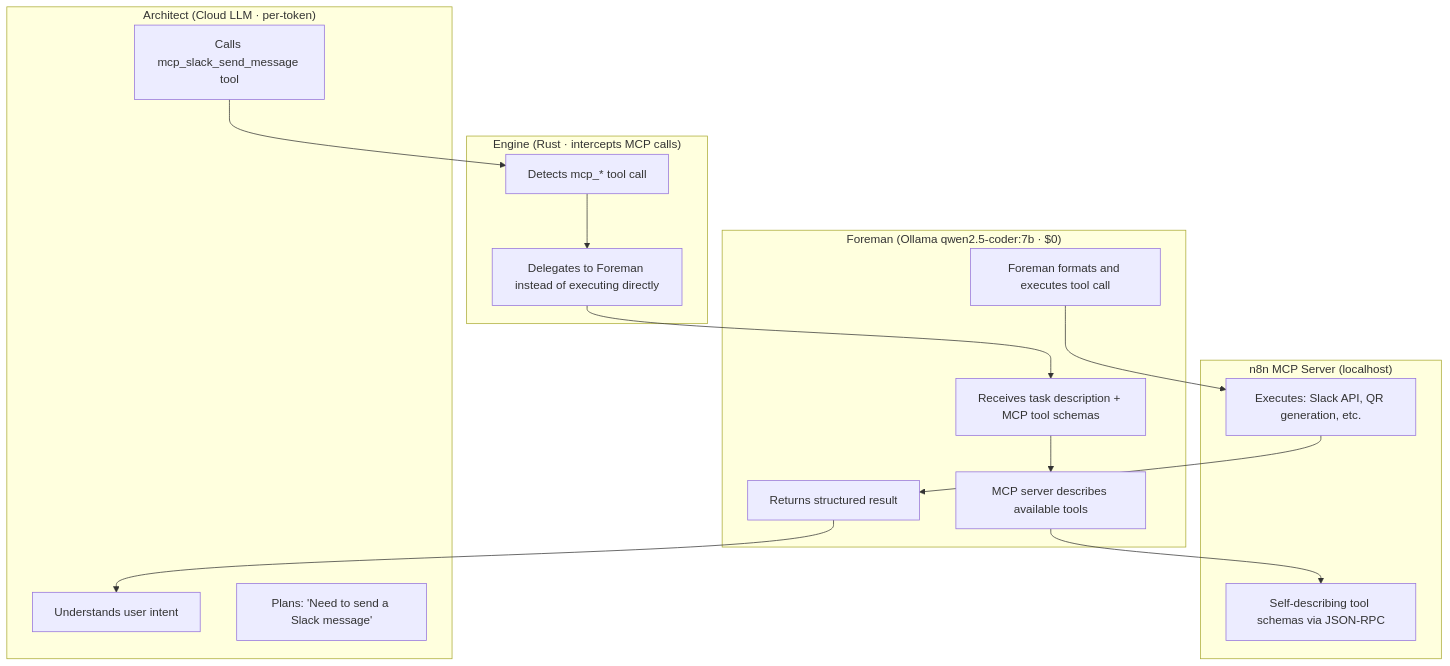
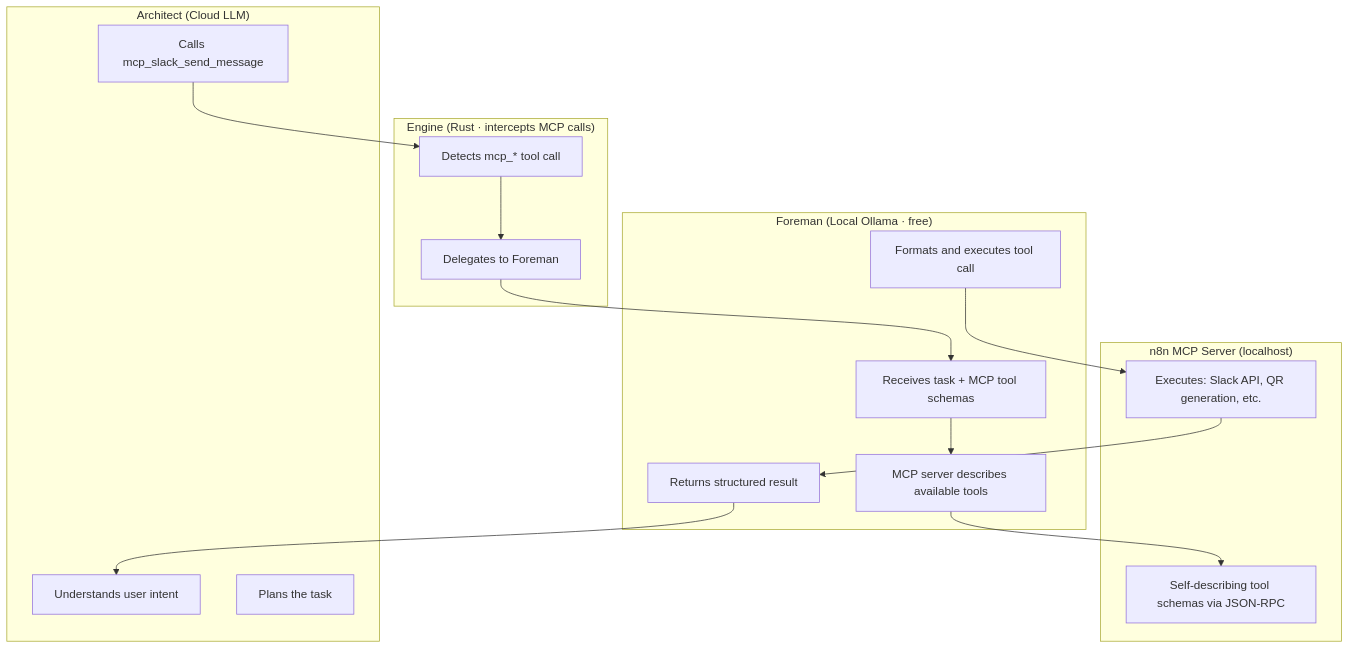
One commit to elisplash/paw changed the diagram in reference/foreman-protocol.mdx. Above: the diagram before and after it, drawn with Mermaid. The commit also changed other lines of this file and 2 other files, not shown here.

First line of the commit message:
Rewrite papers: remove model-specific cost/token numbers

````diff
--- a/reference/foreman-protocol.mdx
+++ b/reference/foreman-protocol.mdx
@@ -59,30 +44,30 @@
 ```mermaid actions={false}
 graph TD
-    subgraph Architect["Architect (Cloud LLM · per-token)"]
+    subgraph Architect["Architect (Cloud LLM)"]
         A["Understands user intent"]
-        B["Plans: 'Need to send a Slack message'"]
-        C["Calls mcp_slack_send_message tool"]
+        B["Plans the task"]
+        C["Calls mcp_slack_send_message"]
     end
     subgraph Engine["Engine (Rust · intercepts MCP calls)"]
         D["Detects mcp_* tool call"]
-        E["Delegates to Foreman instead of executing directly"]
+        E["Delegates to Foreman"]
     end
-    subgraph Foreman["Foreman (Ollama qwen2.5-coder:7b · $0)"]
-        F["Receives task description + MCP tool schemas"]
+    subgraph Foreman["Foreman (Local Ollama · free)"]
+        F["Receives task + MCP tool schemas"]
         G["MCP server describes available tools"]
-        H["Foreman formats and executes tool call"]
+        H["Formats and executes tool call"]
         I["Returns structured result"]
     end
     subgraph MCP["n8n MCP Server (localhost)"]
         J["Self-describing tool schemas via JSON-RPC"]
         K["Executes: Slack API, QR generation, etc."]
     end
     C --> D
     D --> E
     E --> F
     F --> G
     G --> J
     H --> K
     K --> I
     I --> A
 ```
````
